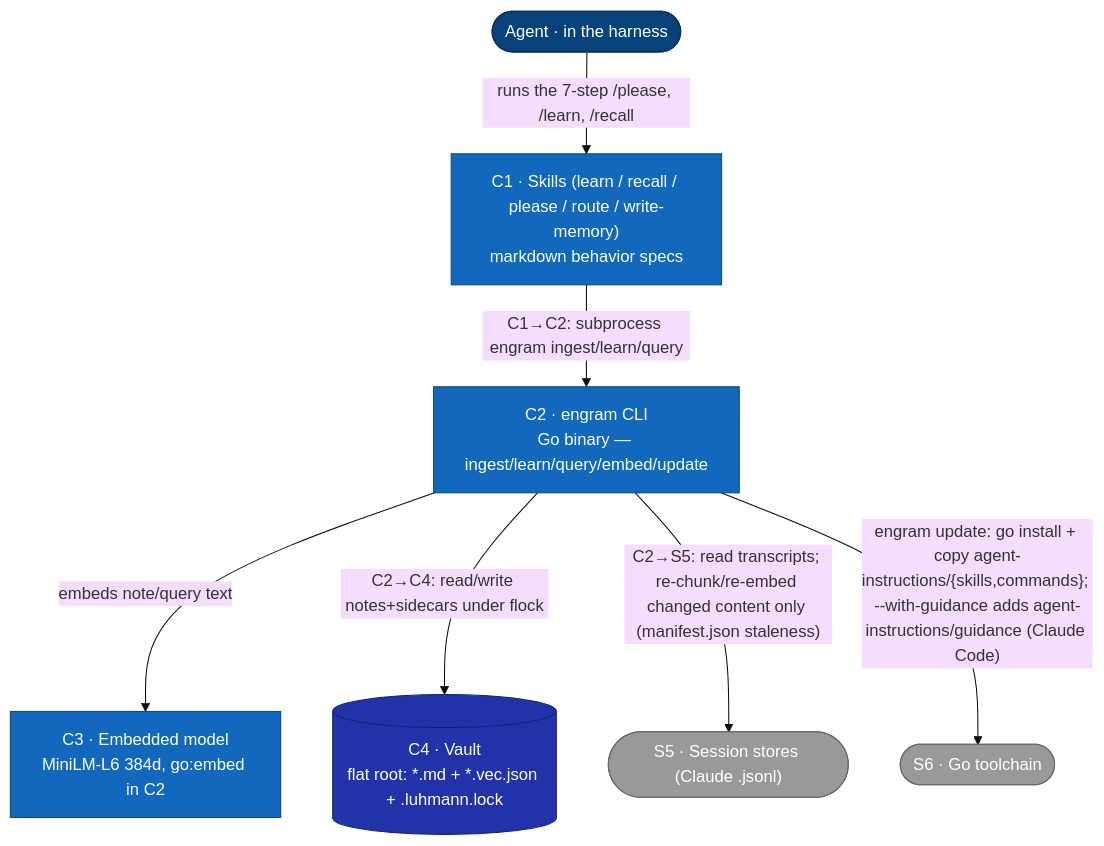
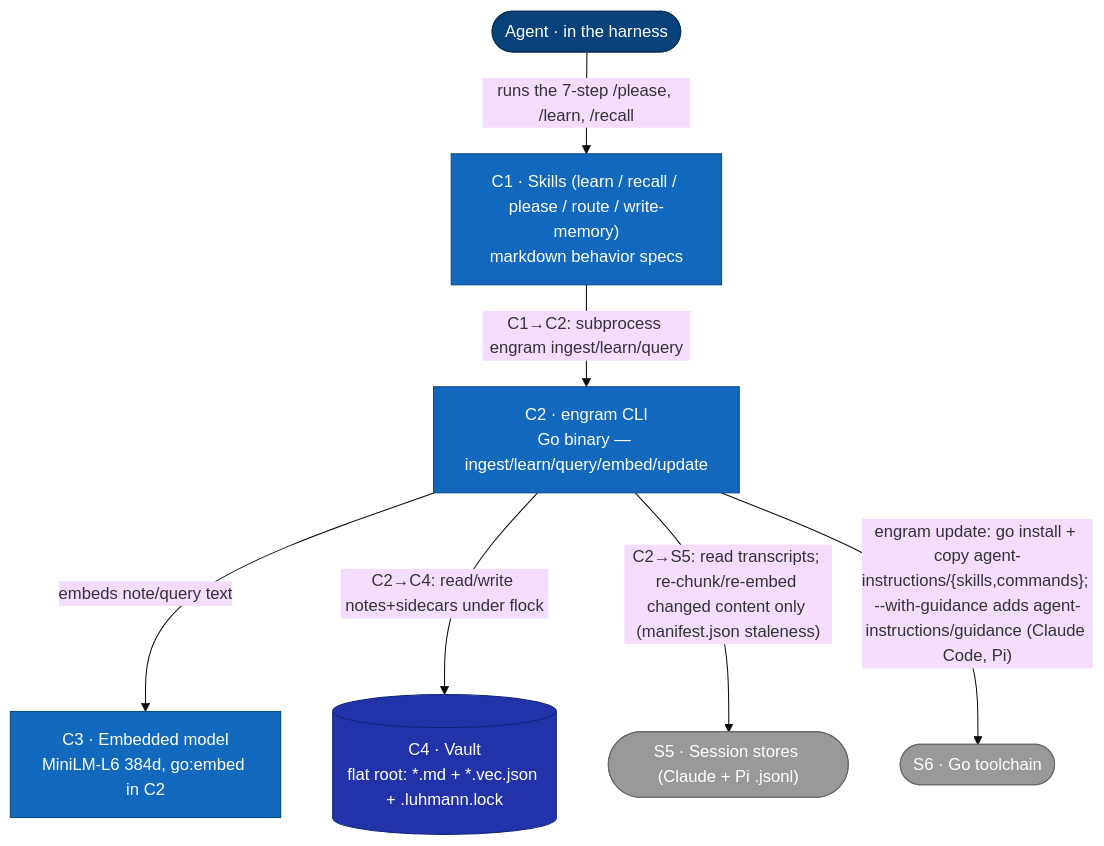
Before and after one commit to toejough/engram: the first of 8 diagrams in docs/architecture/c2-containers.md, drawn with Mermaid (base theme). The commit also changed other lines of this file and 10 other files, not shown here.

First line of the commit message:
docs: pi is a first-class harness across READMEs, glossary, roadmap, C1-C3

````diff
--- a/docs/architecture/c2-containers.md
+++ b/docs/architecture/c2-containers.md
@@ -10,27 +10,27 @@
 ```mermaid
 flowchart TB
     classDef person    fill:#08427b,stroke:#052e56,color:#fff
     classDef external  fill:#999,   stroke:#666,   color:#fff
     classDef container fill:#1168bd,stroke:#0b4884,color:#fff
     classDef store     fill:#23a,   stroke:#127,   color:#fff
 
     agent([Agent · in the harness])
     skills["C1 · Skills (learn / recall / please / route / write-memory)<br/>markdown behavior specs"]
     cli["C2 · engram CLI<br/>Go binary — ingest/learn/query/embed/update"]
     model["C3 · Embedded model<br/>MiniLM-L6 384d, go:embed in C2"]
     vault[("C4 · Vault<br/>flat root: *.md + *.vec.json + .luhmann.lock")]
-    sessions(["S5 · Session stores (Claude .jsonl)"])
+    sessions(["S5 · Session stores (Claude + Pi .jsonl)"])
     gotool(["S6 · Go toolchain"])
 
     agent -->|"runs the 7-step /please, /learn, /recall"| skills
     skills -->|"C1→C2: subprocess engram ingest/learn/query"| cli
     cli -->|"embeds note/query text"| model
     cli -->|"C2→C4: read/write notes+sidecars under flock"| vault
     cli -->|"C2→S5: read transcripts; re-chunk/re-embed changed content only (manifest.json staleness)"| sessions
-    cli -->|"engram update: go install + copy agent-instructions/{skills,commands}; --with-guidance adds agent-instructions/guidance (Claude Code)"| gotool
+    cli -->|"engram update: go install + copy agent-instructions/{skills,commands}; --with-guidance adds agent-instructions/guidance (Claude Code, Pi)"| gotool
 
     class agent person
     class skills,cli,model container
     class vault store
     class sessions,gotool external
 ```
````
